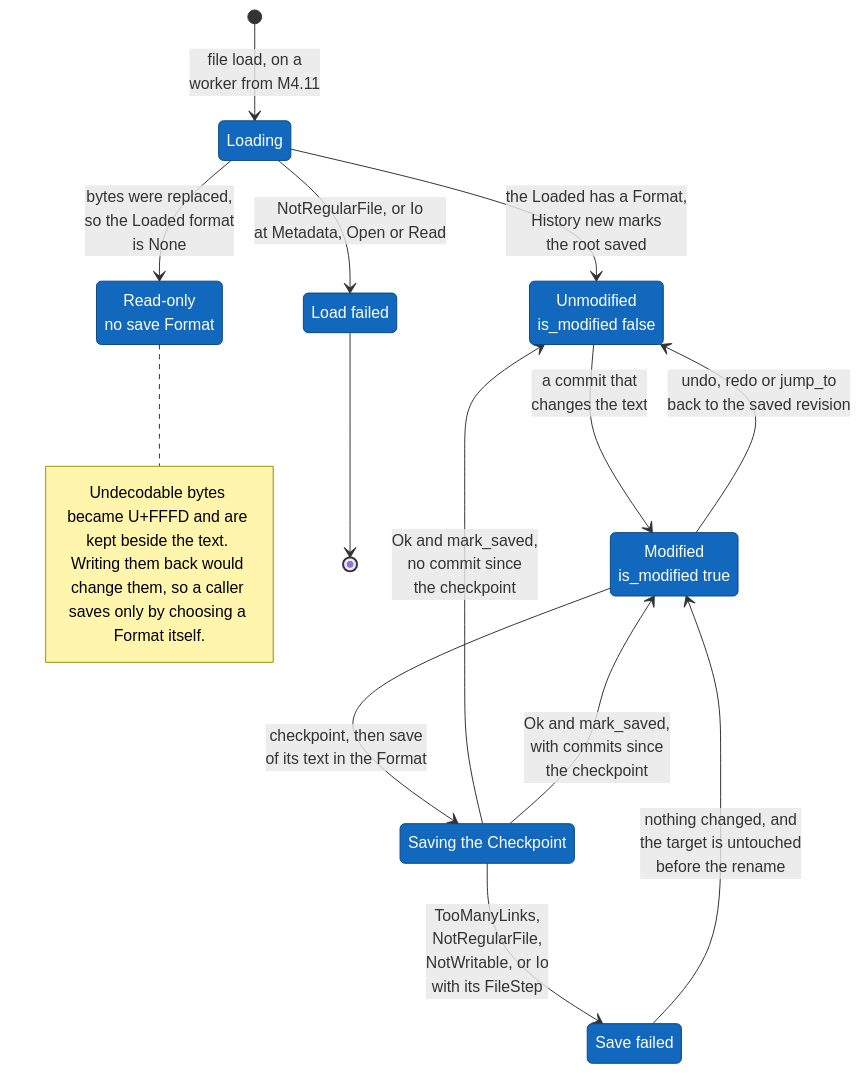
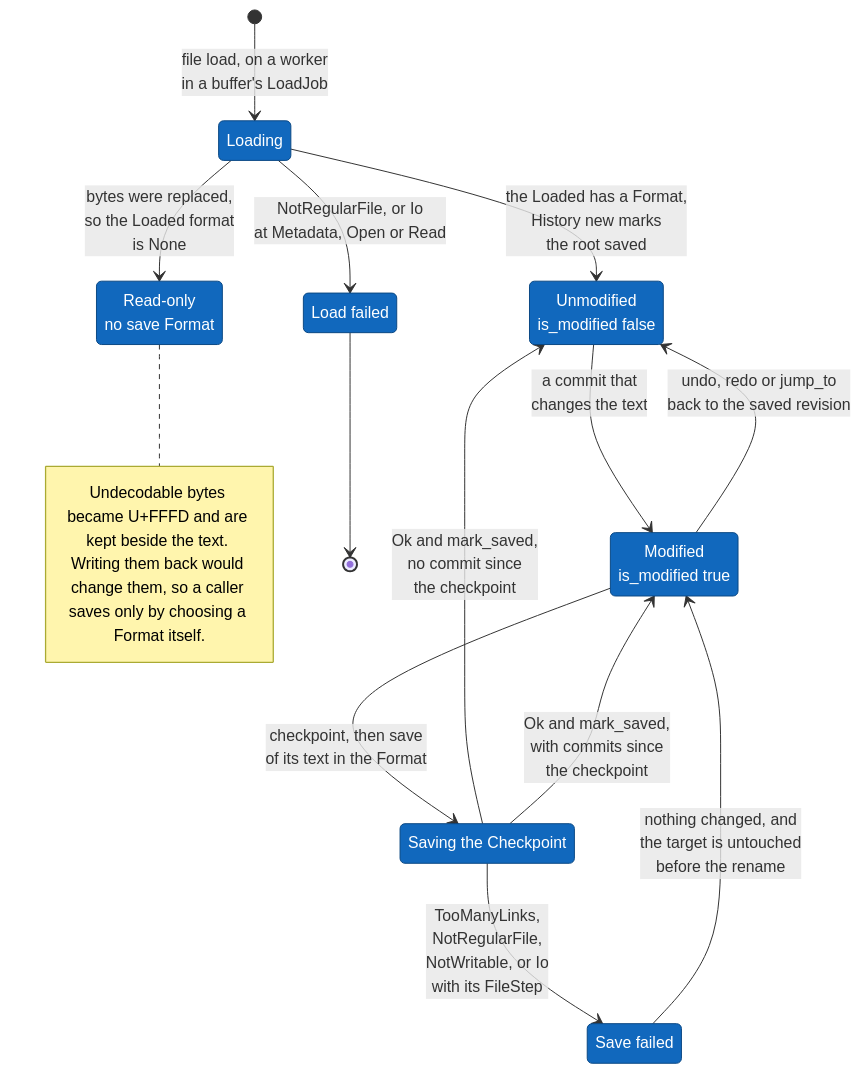
One commit to jabbott-iii/Tidepool changed the tenth of 19 diagrams in diagrams/data-flow-and-state.md. Above: the diagram before and after it, drawn with Mermaid. The commit also changed other lines of this file and 50 other files, not shown here.

````diff
--- a/diagrams/data-flow-and-state.md
+++ b/diagrams/data-flow-and-state.md
@@ -522,30 +566,30 @@
 ```mermaid
 stateDiagram-v2
     state "Loading" as loading
     state "Load failed" as loadFailed
     state "Read-only<br/>no save Format" as readOnly
     state "Unmodified<br/>is_modified false" as clean
     state "Modified<br/>is_modified true" as dirty
     state "Saving the Checkpoint" as saving
     state "Save failed" as saveFailed
 
-    [*] --> loading: file load, on a<br/>worker from M4.11
+    [*] --> loading: file load, on a worker<br/>in a buffer's LoadJob
     loading --> loadFailed: NotRegularFile, or Io<br/>at Metadata, Open or Read
     loadFailed --> [*]
     loading --> readOnly: bytes were replaced,<br/>so the Loaded format<br/>is None
     loading --> clean: the Loaded has a Format,<br/>History new marks<br/>the root saved
     clean --> dirty: a commit that<br/>changes the text
     dirty --> clean: undo, redo or jump_to<br/>back to the saved revision
     dirty --> saving: checkpoint, then save<br/>of its text in the Format
     saving --> clean: Ok and mark_saved,<br/>no commit since<br/>the checkpoint
     saving --> dirty: Ok and mark_saved,<br/>with commits since<br/>the checkpoint
     saving --> saveFailed: TooManyLinks,<br/>NotRegularFile,<br/>NotWritable, or Io<br/>with its FileStep
     saveFailed --> dirty: nothing changed, and<br/>the target is untouched<br/>before the rename
 
     note right of readOnly
         Undecodable bytes became U+FFFD and are kept beside the text. Writing them back would change them, so a caller saves only by choosing a Format itself.
     end note
 
     classDef built fill:#1168bd,stroke:#0b4884,color:#ffffff
     class loading, loadFailed, readOnly, clean, dirty, saving, saveFailed built
 ```
````
